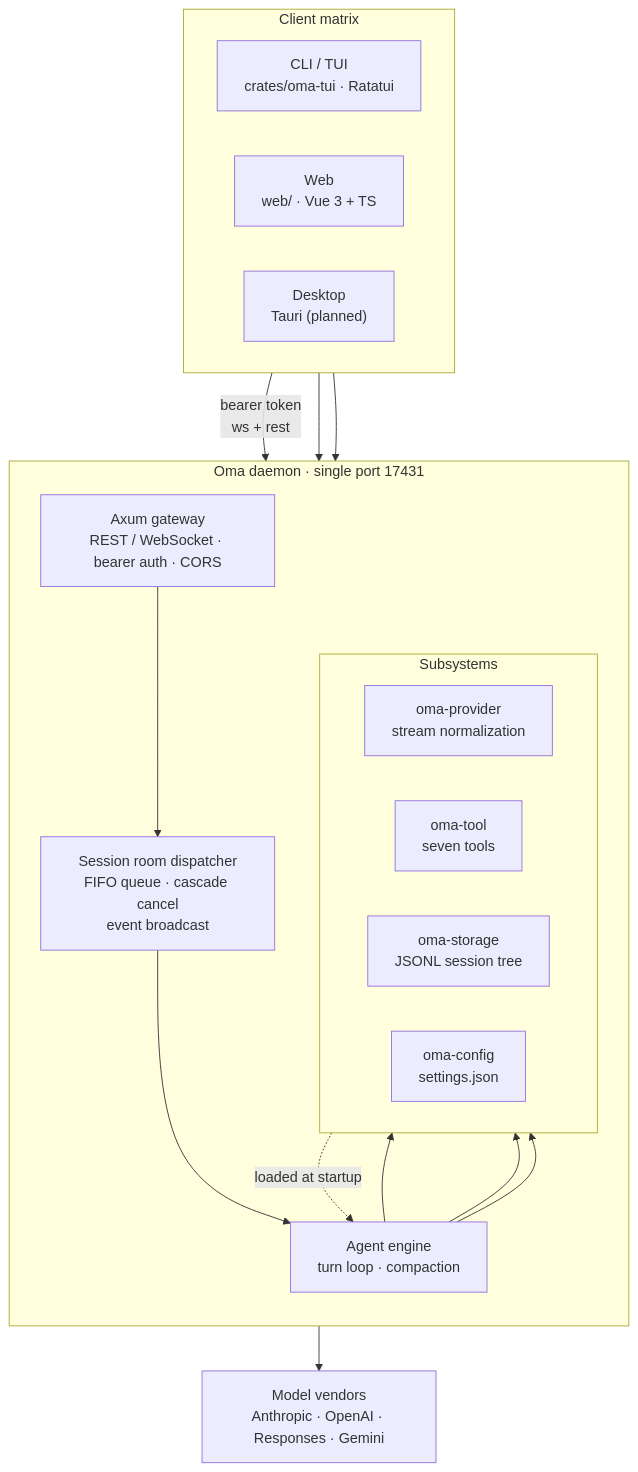
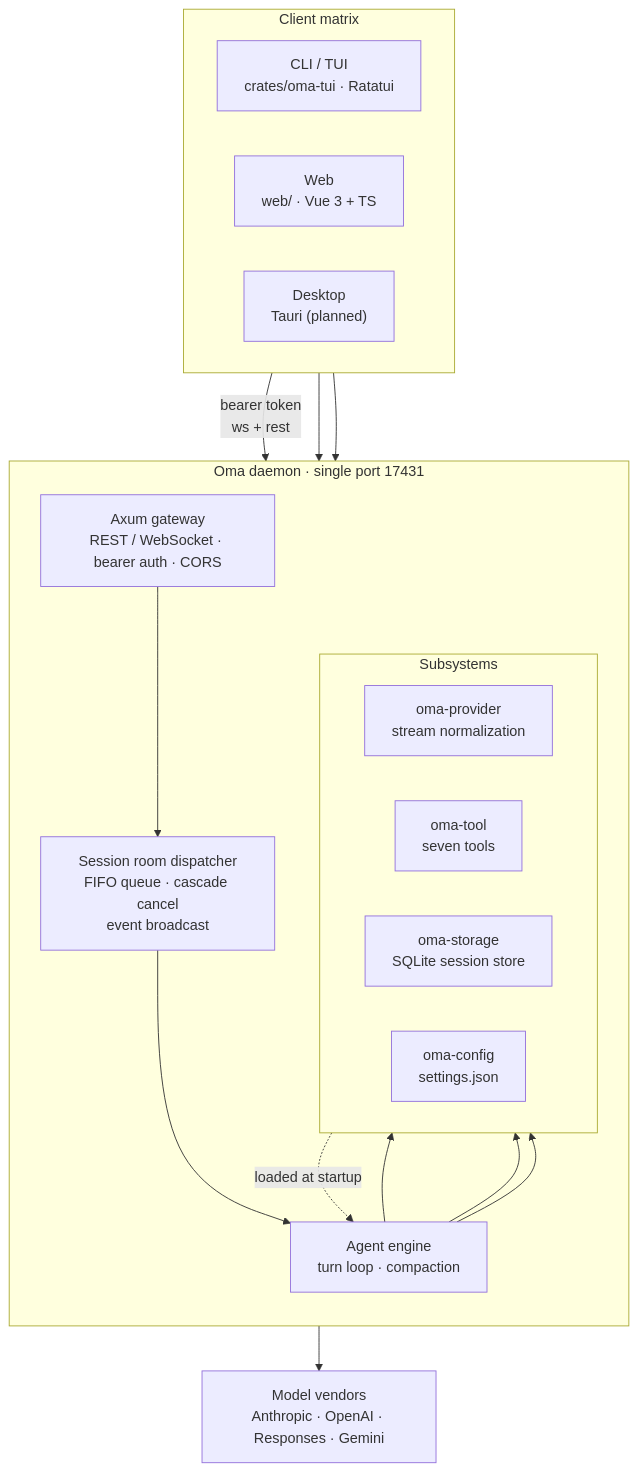
Before and after one commit to waittide/oma: the diagram in README.en.md, drawn with Mermaid. The commit also changed other lines of this file and 3 other files, not shown here.

````diff
--- a/README.en.md
+++ b/README.en.md
@@ -102,34 +102,34 @@
 ```mermaid
 flowchart TB
     subgraph Clients["Client matrix"]
         direction LR
         TUI["CLI / TUI<br/>crates/oma-tui · Ratatui"]
         WEB["Web<br/>web/ · Vue 3 + TS"]
         DESK["Desktop<br/>Tauri (planned)"]
     end
 
     subgraph Daemon["Oma daemon · single port 17431"]
         direction TB
         GW["Axum gateway<br/>REST / WebSocket · bearer auth · CORS"]
         ROOM["Session room dispatcher<br/>FIFO queue · cascade cancel<br/>event broadcast"]
         ENGINE["Agent engine<br/>turn loop · compaction"]
         subgraph Sub["Subsystems"]
             direction LR
             PROV["oma-provider<br/>stream normalization"]
             TOOL["oma-tool<br/>seven tools"]
-            STORE["oma-storage<br/>JSONL session tree"]
+            STORE["oma-storage<br/>SQLite session store"]
             CONF["oma-config<br/>settings.json"]
         end
     end
 
     VENDORS["Model vendors<br/>Anthropic · OpenAI · Responses · Gemini"]
 
     TUI -->|"bearer token<br/>ws + rest"| GW
     WEB --> GW
     DESK --> GW
     GW --> ROOM --> ENGINE
     ENGINE --> PROV --> VENDORS
     ENGINE --> TOOL
     ENGINE --> STORE
     CONF -.->|"loaded at startup"| ENGINE
 ```
````
